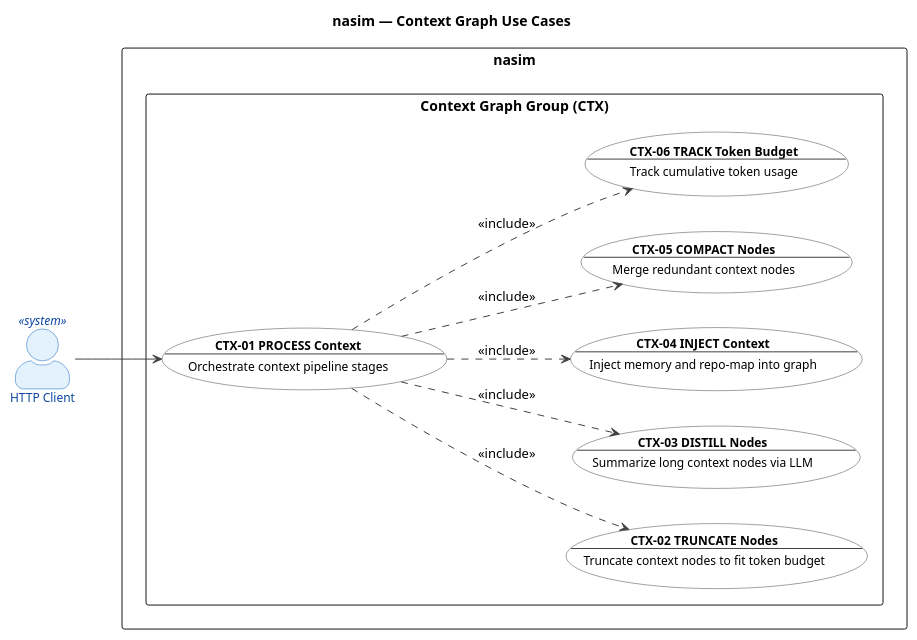
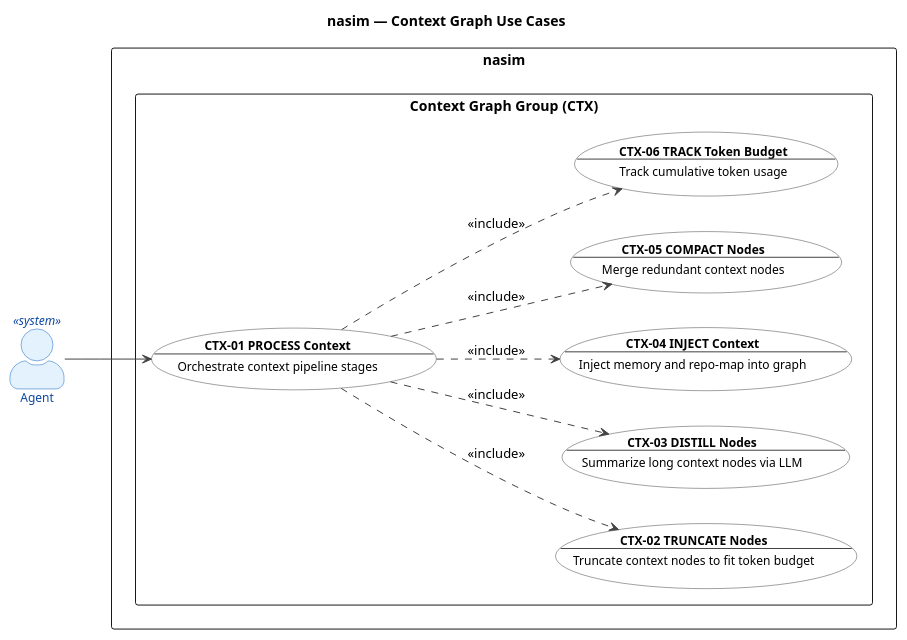
The diagram in docs/UC/uc_context.puml (salimnamvar/nasim), drawn with PlantUML before and after one commit. The commit also changed 14 other files, not shown here.

```diff
--- a/docs/UC/uc_context.puml
+++ b/docs/UC/uc_context.puml
@@ -1,79 +1,79 @@
 @startuml uc_context
 
 ' ============================================================
 ' Title:     nasim — UC: Context Graph Group
 ' Group:     CTX (Context Management)
 ' Boundary:  nasim code agent
 ' Purpose:   Context pipeline: graph construction, truncation, distillation, injection, compaction
 ' Milestone: v1.0
 ' Version:   6.0.0
 ' Source:    docs/ENTITIES.md
 ' Review:    docs/audit/audit.2026.06.20.uc-layer.car.md
 ' ============================================================
 
 left to right direction
 
 title nasim — Context Graph Use Cases
 
 skinparam actorStyle awesome
 skinparam packageStyle rectangle
 
 skinparam usecase {
   BackgroundColor #FFFFFF
   BorderColor #424242
   FontColor #000000
   ArrowColor #424242
   FontSize 12
 }
 
 skinparam actor {
   BackgroundColor #E8EAF6
   BorderColor #3949AB
   FontColor #1A237E
   FontSize 12
 }
 
 skinparam actor<<system>> {
   BackgroundColor #E3F2FD
   BorderColor #1565C0
   FontColor #0D47A1
 }
 
 ' ============================================================
 ' Actors
 ' ============================================================
 
-actor "HTTP Client" as HTTPClient <<system>>
+actor "Agent" as Agent <<system>>
 
 ' ============================================================
 ' System Boundary
 ' ============================================================
 
 rectangle "nasim" {
   package "Context Graph Group (CTX)" {
     usecase "**CTX-01 PROCESS Context**\n--\nOrchestrate context pipeline stages" as CTX01
     usecase "**CTX-02 TRUNCATE Nodes**\n--\nTruncate context nodes to fit token budget" as CTX02
     usecase "**CTX-03 DISTILL Nodes**\n--\nSummarize long context nodes via LLM" as CTX03
     usecase "**CTX-04 INJECT Context**\n--\nInject memory and repo-map into graph" as CTX04
     usecase "**CTX-05 COMPACT Nodes**\n--\nMerge redundant context nodes" as CTX05
     usecase "**CTX-06 TRACK Token Budget**\n--\nTrack cumulative token usage" as CTX06
   }
 }
 
 ' ============================================================
 ' Actor -> Use Case Associations
 ' ============================================================
 
-HTTPClient --> CTX01
+Agent --> CTX01
 
 ' ============================================================
 ' Relationships
 ' ============================================================
 
 CTX01 ..> CTX02 : <<include>>
 CTX01 ..> CTX03 : <<include>>
 CTX01 ..> CTX04 : <<include>>
 CTX01 ..> CTX05 : <<include>>
 CTX01 ..> CTX06 : <<include>>
 
 @enduml
```
